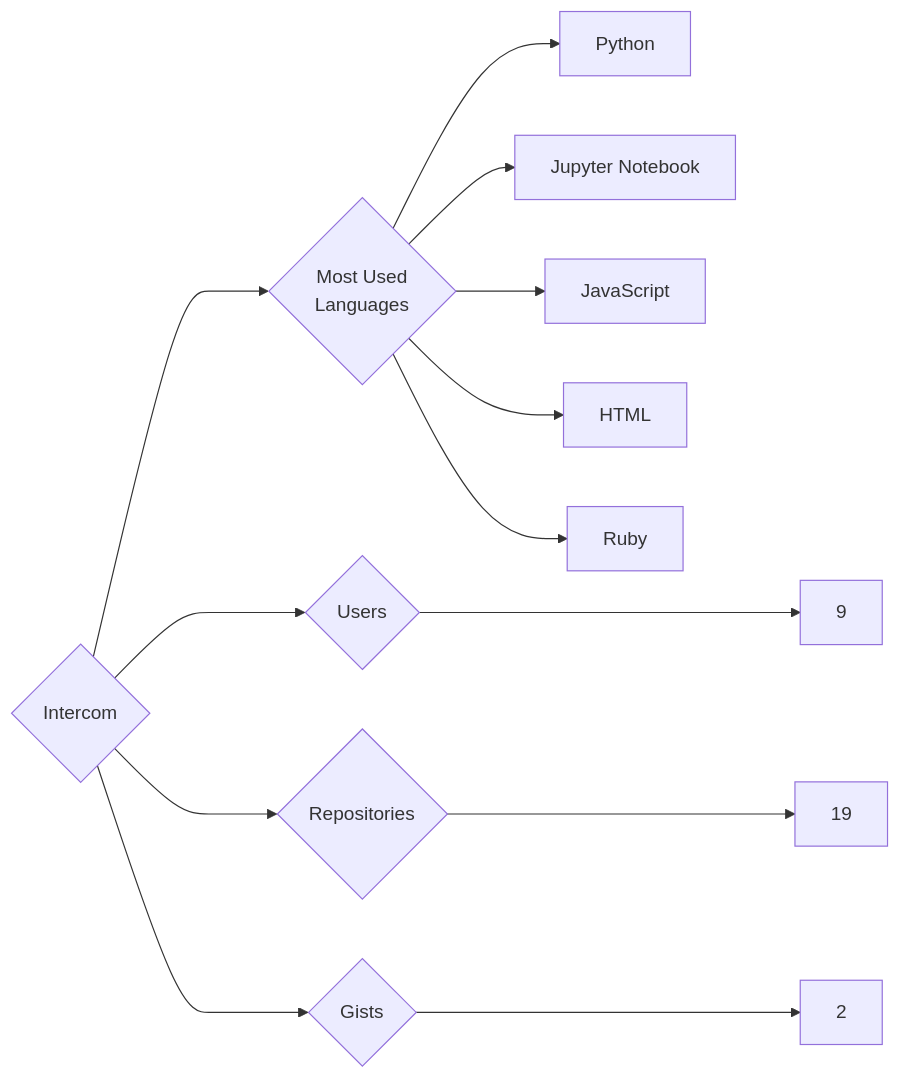
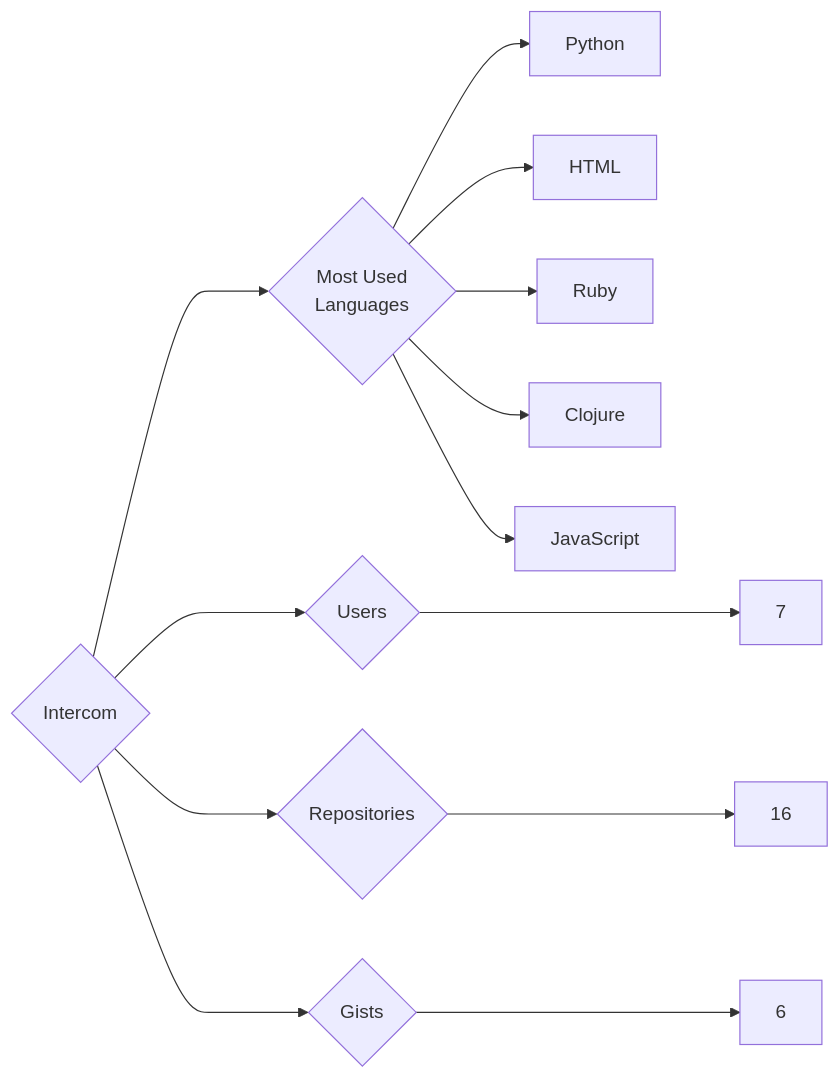
Before and after one commit to trickest/insiders: the diagram in targets/Intercom/README.md, drawn with Mermaid. The commit also changed 1167 other files, not shown here.

````diff
--- a/targets/Intercom/README.md
+++ b/targets/Intercom/README.md
@@ -3,13 +3,13 @@
 ```mermaid
 graph LR
 COMPANY_NAME{Intercom}
-COMPANY_NAME ---> U{Users} ---> UN[9]
-COMPANY_NAME ---> R{Repositories} ---> RN[19]
-COMPANY_NAME ---> G{Gists} ---> GN[2]
+COMPANY_NAME ---> U{Users} ---> UN[7]
+COMPANY_NAME ---> R{Repositories} ---> RN[16]
+COMPANY_NAME ---> G{Gists} ---> GN[6]
 COMPANY_NAME ---> ML{Most Used<br>Languages}
 ML --> Python[Python]
-ML --> Jupyter_Notebook[Jupyter Notebook]
-ML --> JavaScript[JavaScript]
 ML --> HTML[HTML]
 ML --> Ruby[Ruby]
+ML --> Clojure[Clojure]
+ML --> JavaScript[JavaScript]
 ```
````
